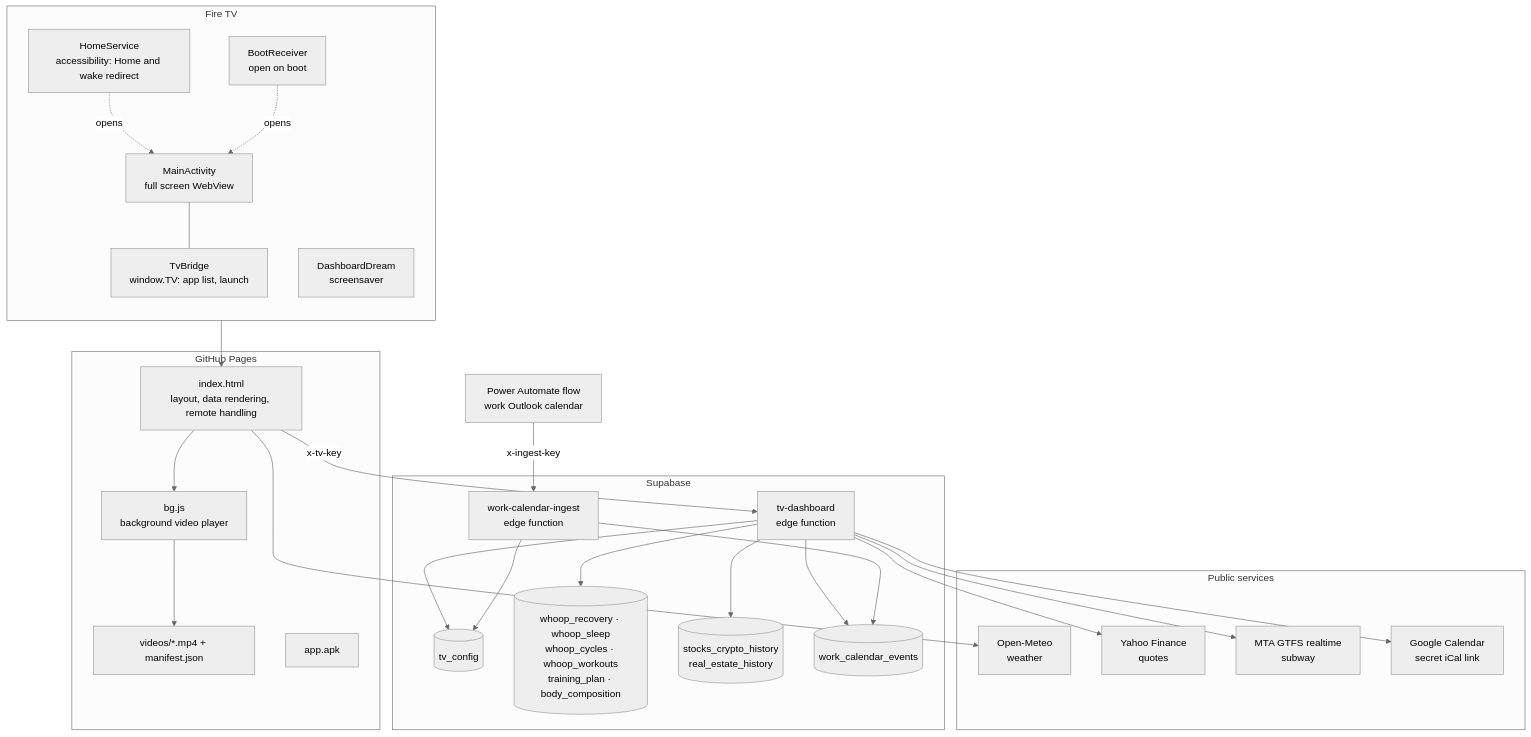
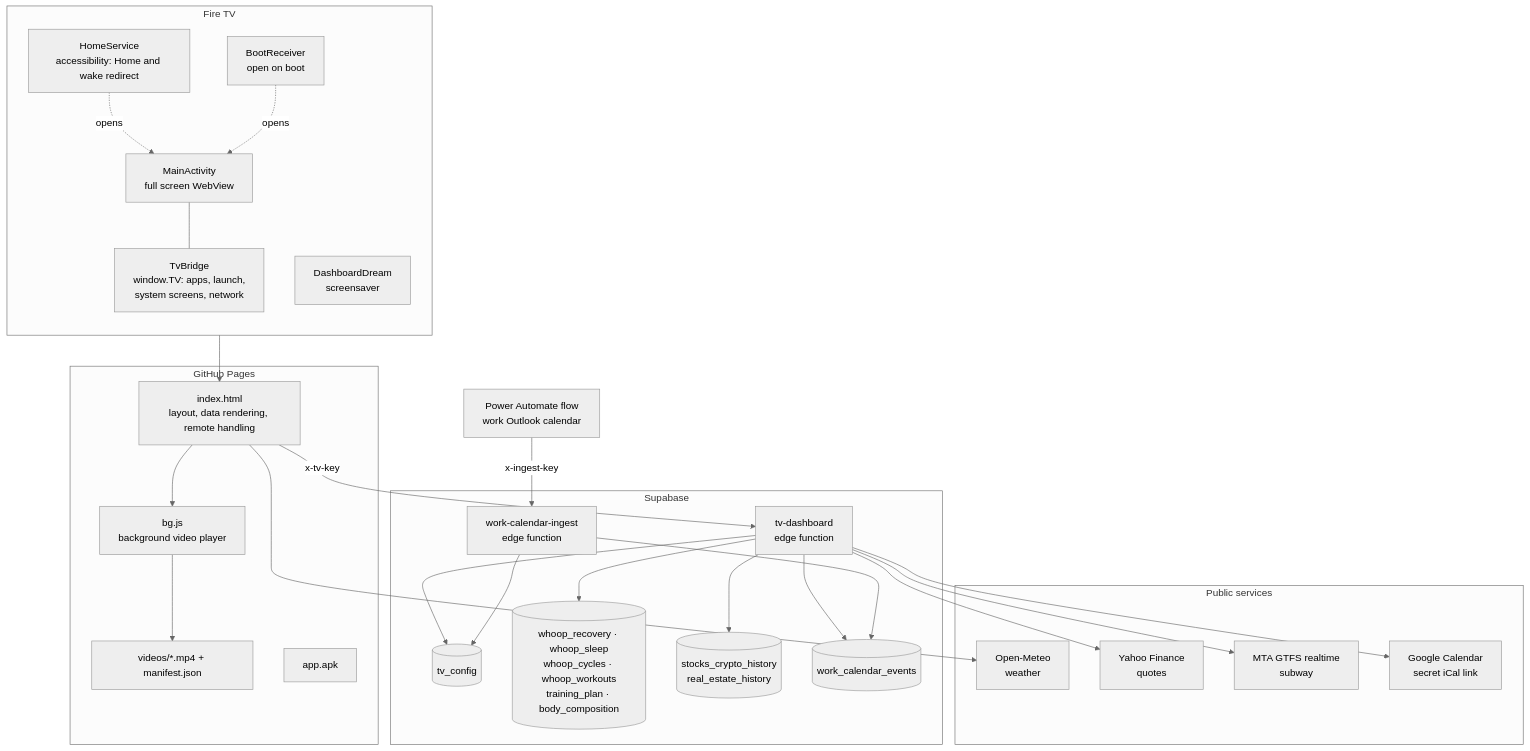
The first of 4 diagrams in docs/architecture.md (fernandomartinez-de/home-HQ), drawn with Mermaid (neutral theme) before and after one commit. The commit also changed other lines of this file and 7 other files, not shown here.

````diff
--- a/docs/architecture.md
+++ b/docs/architecture.md
@@ -8,48 +8,48 @@
 ```mermaid
 flowchart TB
     subgraph TV["Fire TV"]
         direction TB
         MA["MainActivity<br/>full screen WebView"]
-        BR["TvBridge<br/>window.TV: app list, launch"]
+        BR["TvBridge<br/>window.TV: apps, launch,<br/>system screens, network"]
         HS["HomeService<br/>accessibility: Home and wake redirect"]
         DR["DashboardDream<br/>screensaver"]
         BT["BootReceiver<br/>open on boot"]
         MA --- BR
         HS -. opens .-> MA
         BT -. opens .-> MA
     end
 
     subgraph WEB["GitHub Pages"]
         IDX["index.html<br/>layout, data rendering, remote handling"]
         BG["bg.js<br/>background video player"]
         VID["videos/*.mp4 + manifest.json"]
         APK["app.apk"]
     end
 
     subgraph SUPA["Supabase"]
         TVF["tv-dashboard<br/>edge function"]
         INF["work-calendar-ingest<br/>edge function"]
         CFG[("tv_config")]
         HEALTH[("whoop_recovery · whoop_sleep<br/>whoop_cycles · whoop_workouts<br/>training_plan · body_composition")]
         FIN[("stocks_crypto_history<br/>real_estate_history")]
         WCAL[("work_calendar_events")]
     end
 
     subgraph OUT["Public services"]
         OM["Open-Meteo<br/>weather"]
         YF["Yahoo Finance<br/>quotes"]
         MTA["MTA GTFS realtime<br/>subway"]
         GCAL["Google Calendar<br/>secret iCal link"]
     end
 
     PAF["Power Automate flow<br/>work Outlook calendar"]
 
     MA --> IDX
     IDX --> BG --> VID
     IDX --> OM
     IDX -- "x-tv-key" --> TVF
     TVF --> CFG & HEALTH & FIN & WCAL
     TVF --> YF & MTA & GCAL
     PAF -- "x-ingest-key" --> INF --> WCAL
     INF --> CFG
 ```
````
